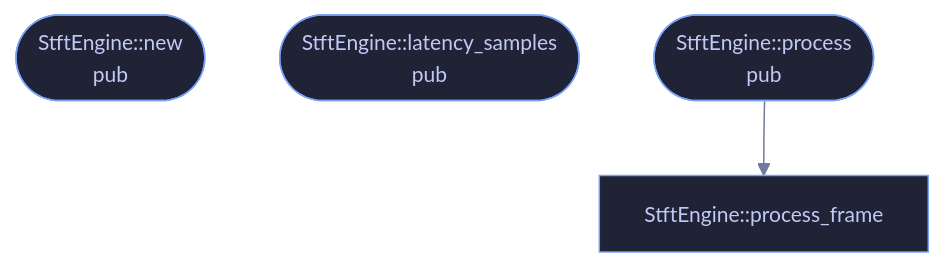
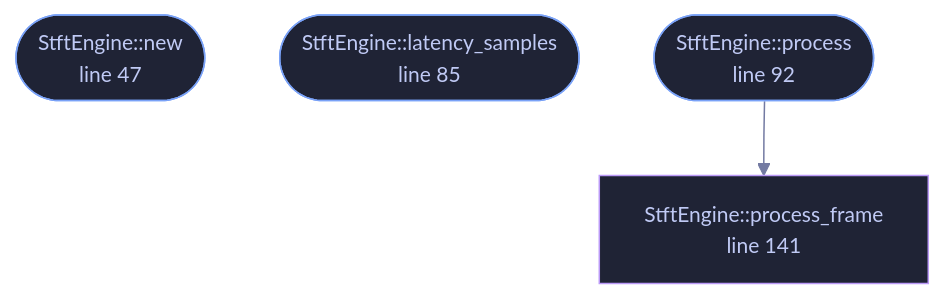
The diagram in docs/files/veilvoice-core/stft.md (tilas01/veilvoice), drawn with Mermaid before and after one commit. The commit also changed other lines of this file and 182 other files, not shown here.

````diff
--- a/docs/files/veilvoice-core/stft.md
+++ b/docs/files/veilvoice-core/stft.md
@@ -44,9 +62,13 @@
 ```mermaid
 %%{init: {"theme":"base","themeVariables":{"background":"#1a1b26","primaryColor":"#1f2335","primaryTextColor":"#c0caf5","primaryBorderColor":"#7aa2f7","secondaryColor":"#16161e","tertiaryColor":"#16161e","lineColor":"#737aa2","textColor":"#c0caf5","mainBkg":"#1f2335","nodeBorder":"#7aa2f7","clusterBkg":"#16161e","clusterBorder":"#2f3549","fontFamily":"ui-monospace, SFMono-Regular, Consolas, monospace","fontSize":"14px"}}}%%
 flowchart TD
-    n_new(["StftEngine::new<br/>pub"])
-    n_latency_samples(["StftEngine::latency_samples<br/>pub"])
-    n_process(["StftEngine::process<br/>pub"])
-    n_process_frame["StftEngine::process_frame"]
+    n_new(["StftEngine::new<br/>line 47"])
+    n_latency_samples(["StftEngine::latency_samples<br/>line 85"])
+    n_process(["StftEngine::process<br/>line 92"])
+    n_process_frame["StftEngine::process_frame<br/>line 141"]
     n_process --> n_process_frame
+    classDef entry fill:#1f2335,stroke:#7aa2f7,color:#c0caf5
+    class n_new,n_latency_samples,n_process entry
+    classDef helper fill:#1f2335,stroke:#bb9af7,color:#c0caf5
+    class n_process_frame helper
 ```
````
